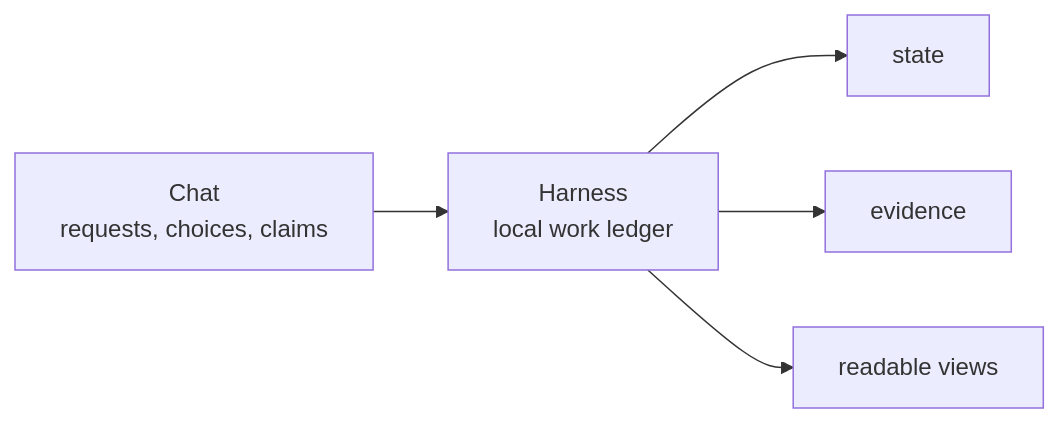
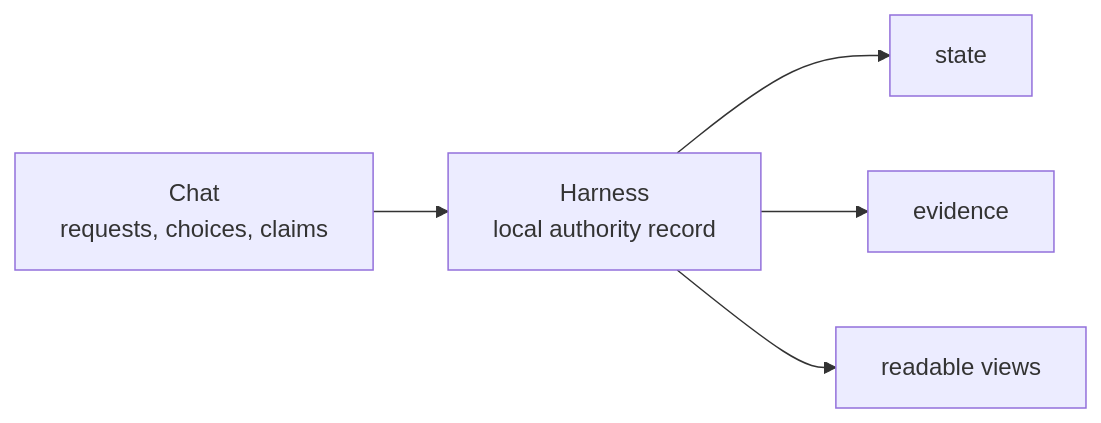
One commit to minjungw00/Volicord changed the diagram in docs/en/learn/overview.md. Above: the diagram before and after it, drawn with Mermaid. The commit also changed other lines of this file and 11 other files, not shown here.

````diff
--- a/docs/en/learn/overview.md
+++ b/docs/en/learn/overview.md
@@ -25,7 +25,7 @@
 ```mermaid
 flowchart LR
-  Chat["Chat<br/>requests, choices, claims"] --> Harness["Harness<br/>local work ledger"]
+  Chat["Chat<br/>requests, choices, claims"] --> Harness["Harness<br/>local authority record"]
   Harness --> State["state"]
   Harness --> Evidence["evidence"]
   Harness --> Views["readable views"]
 ```
````
